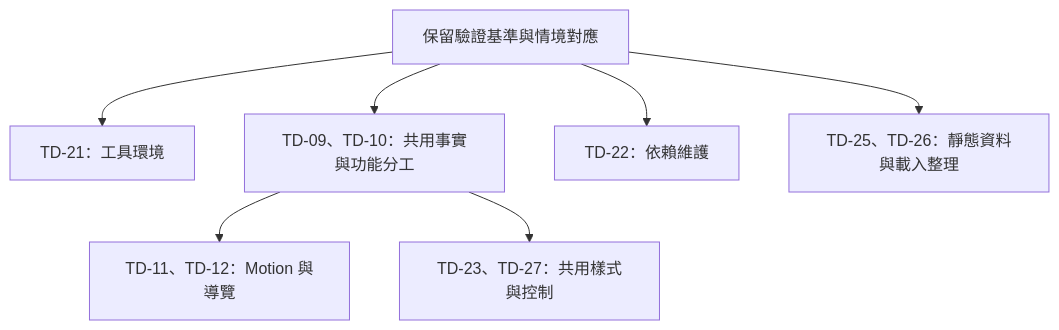
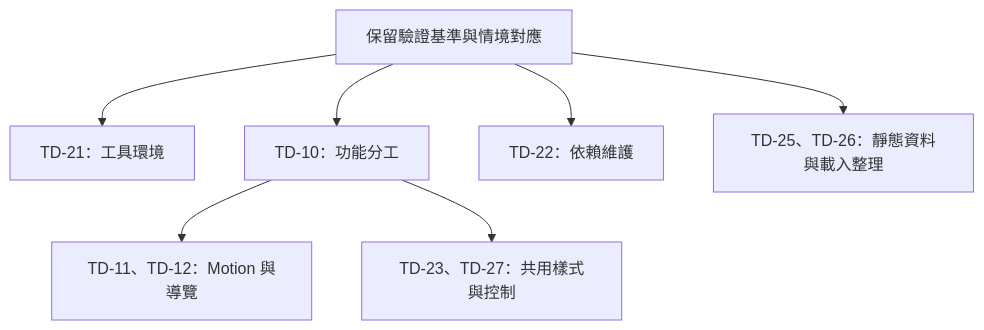
One commit to bingyangchen/bingyangchen.github.io changed the third of 3 diagrams in docs/plans/0001-codebase-technical-debt.md. Above: the diagram before and after it, drawn with Mermaid. The commit also changed other lines of this file and 29 other files, not shown here.

````diff
--- a/docs/plans/0001-codebase-technical-debt.md
+++ b/docs/plans/0001-codebase-technical-debt.md
@@ -225,10 +216,10 @@
 ```mermaid
 flowchart TD
   baseline[保留驗證基準與情境對應]
   baseline --> tooling[TD-21：工具環境]
-  baseline --> content[TD-09、TD-10：共用事實與功能分工]
+  baseline --> content[TD-10：功能分工]
   baseline --> maintenance[TD-22：依賴維護]
   content --> logic[TD-11、TD-12：Motion 與導覽]
   content --> styles[TD-23、TD-27：共用樣式與控制]
   baseline --> optional[TD-25、TD-26：靜態資料與載入整理]
 ```
````
